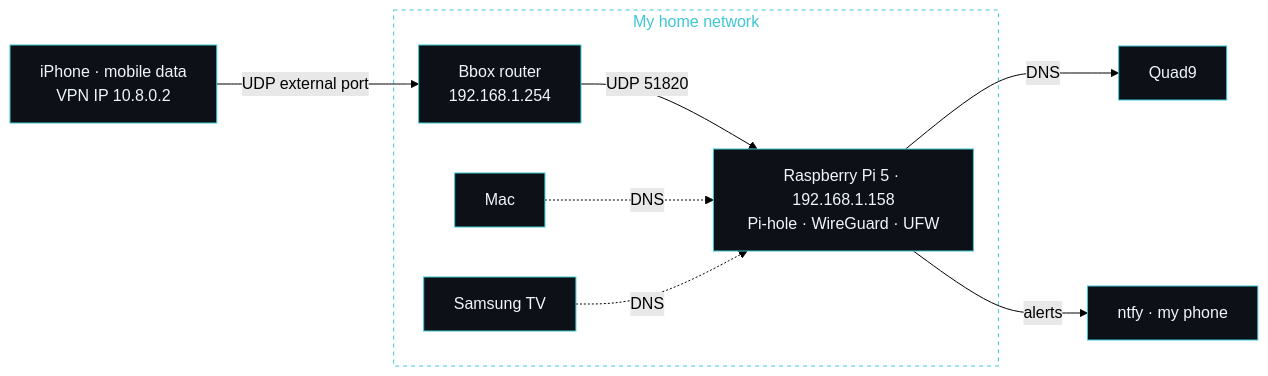
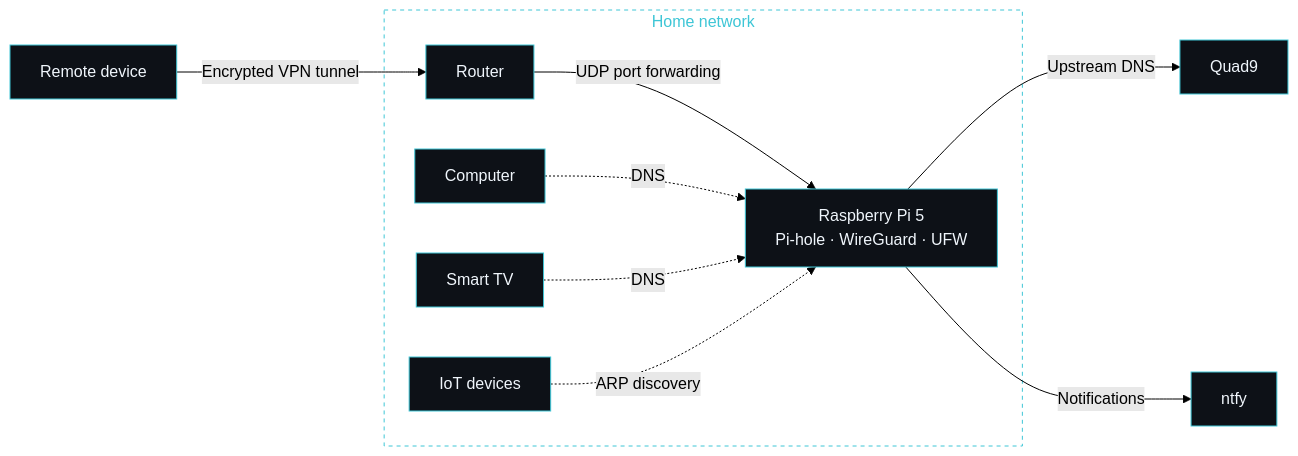
The first of 3 diagrams in raspberry-pi-pihole-vpn.md (elena-lucero/cybersecurity-portfolio), drawn with Mermaid (forest theme) before and after one commit. The commit also changed other lines of this file, not shown here.

First line of the commit message:
Revise Raspberry Pi home server project documentation

````diff
--- a/raspberry-pi-pihole-vpn.md
+++ b/raspberry-pi-pihole-vpn.md
@@ -57,15 +48,16 @@
 ```mermaid
 flowchart LR
-  PHONE["iPhone · mobile data<br/>VPN IP 10.8.0.2"] -->|"UDP external port"| ROUTER
-  subgraph HOME["My home network"]
-    ROUTER["Bbox router<br/>192.168.1.254"] -->|"UDP 51820"| PI
-    PI["Raspberry Pi 5 · 192.168.1.158<br/>Pi-hole · WireGuard · UFW"]
-    MAC["Mac"] -.->|"DNS"| PI
-    TV["Samsung TV"] -.->|"DNS"| PI
+  PHONE["Remote device"] -->|"Encrypted VPN tunnel"| ROUTER
+  subgraph HOME["Home network"]
+    ROUTER["Router"] -->|"UDP port forwarding"| PI
+    PI["Raspberry Pi 5<br/>Pi-hole · WireGuard · UFW"]
+    MAC["Computer"] -.->|"DNS"| PI
+    TV["Smart TV"] -.->|"DNS"| PI
+    IOT["IoT devices"] -.->|"ARP discovery"| PI
   end
-  PI -->|"DNS"| Q9["Quad9"]
-  PI -->|"alerts"| NTFY["ntfy · my phone"]
+  PI -->|"Upstream DNS"| Q9["Quad9"]
+  PI -->|"Notifications"| NTFY["ntfy"]
   classDef node fill:#0D1117,stroke:#3EC6D6,stroke-width:1px,color:#F0F6FC
-  class PHONE,ROUTER,PI,MAC,TV,Q9,NTFY node
+  class PHONE,ROUTER,PI,MAC,TV,IOT,Q9,NTFY node
   style HOME fill:transparent,stroke:#3EC6D6,stroke-dasharray:4 4,color:#3EC6D6
 ```
````
